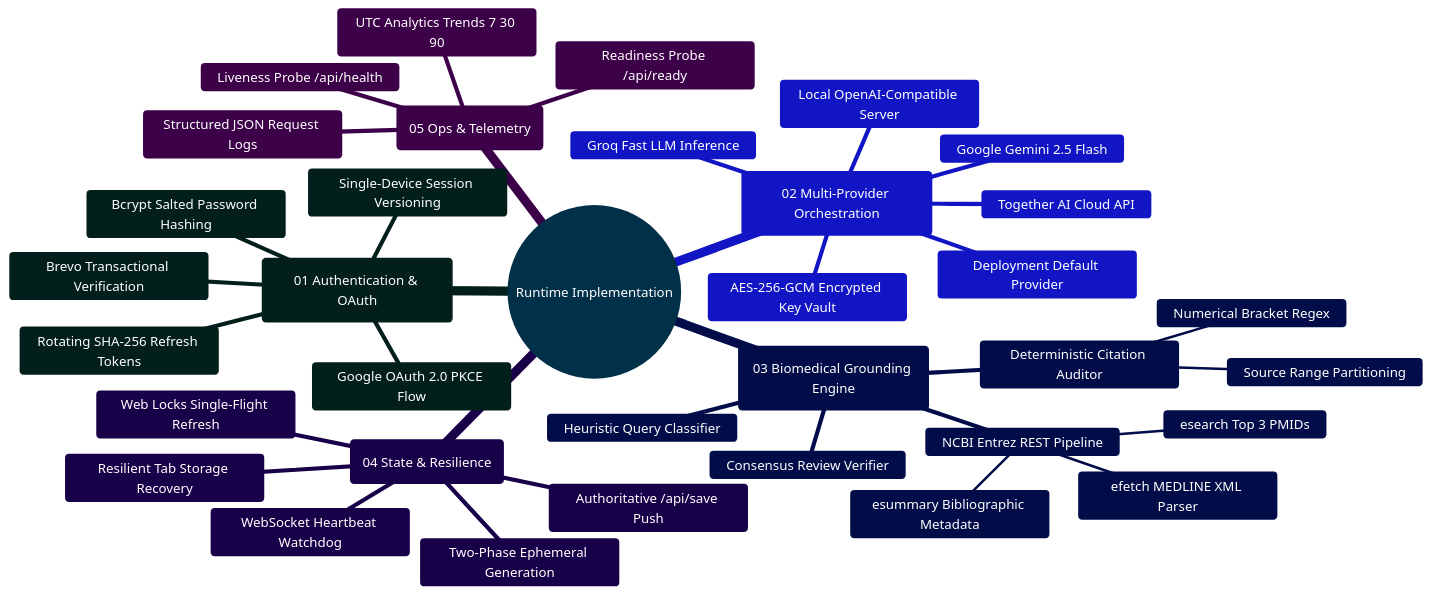
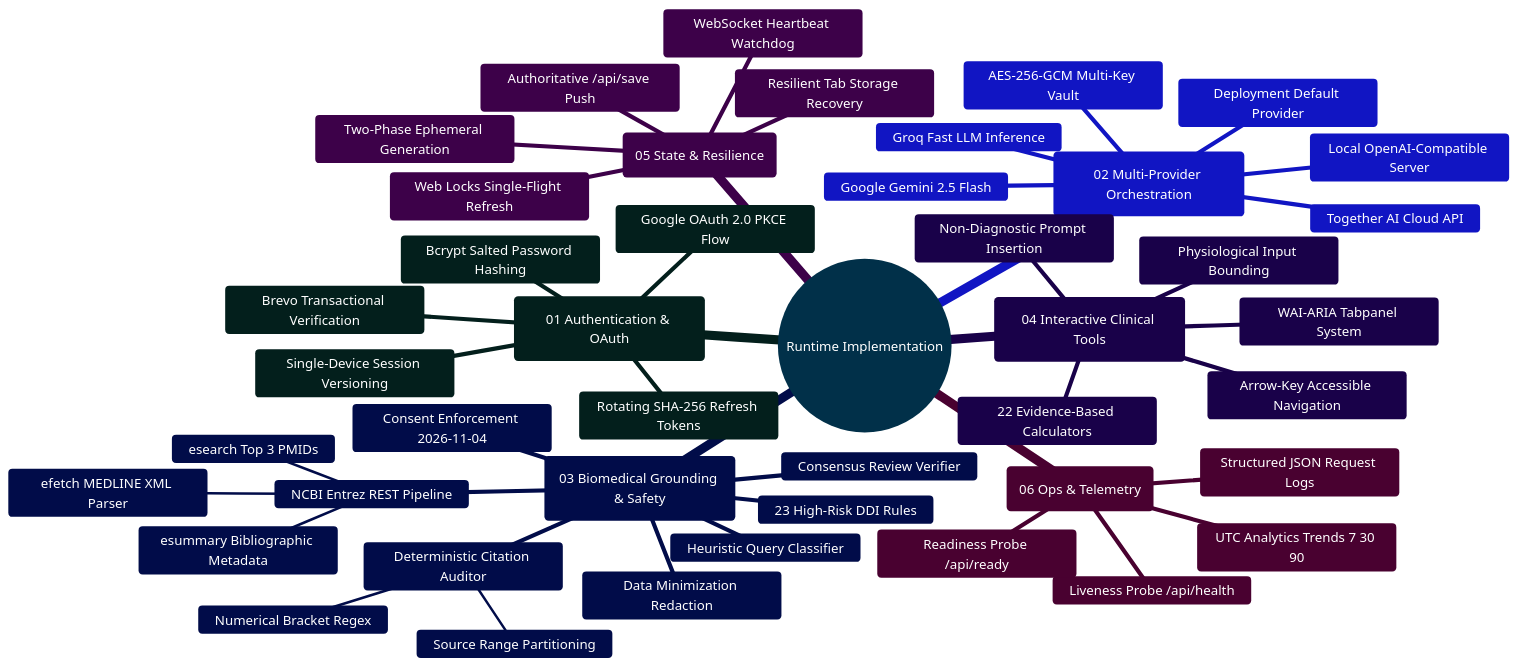
Before and after one commit to Ganesh172919/React-App-LLM: the first of 2 diagrams in docs/CURRENT_IMPLEMENTATION.md, drawn with Mermaid. The commit also changed other lines of this file and 67 other files, not shown here.

````diff
--- a/docs/CURRENT_IMPLEMENTATION.md
+++ b/docs/CURRENT_IMPLEMENTATION.md
@@ -60,40 +62,49 @@
 ```mermaid
 %%{init: {'theme': 'base', 'themeVariables': { 'primaryColor': '#0284c7', 'primaryTextColor': '#ffffff', 'primaryBorderColor': '#0369a1', 'lineColor': '#0284c7', 'secondaryColor': '#0d9488', 'tertiaryColor': '#6366f1' }}}%%
 mindmap
   root((Runtime Implementation))
     ::icon(fa fa-server)
     (01 Authentication & OAuth)
       Bcrypt Salted Password Hashing
       Single-Device Session Versioning
       Rotating SHA-256 Refresh Tokens
       Brevo Transactional Verification
       Google OAuth 2.0 PKCE Flow
     (02 Multi-Provider Orchestration)
       Deployment Default Provider
       Google Gemini 2.5 Flash
       Groq Fast LLM Inference
       Together AI Cloud API
       Local OpenAI-Compatible Server
-      AES-256-GCM Encrypted Key Vault
-    (03 Biomedical Grounding Engine)
+      AES-256-GCM Multi-Key Vault
+    (03 Biomedical Grounding & Safety)
       Heuristic Query Classifier
+      Data Minimization Redaction
+      Consent Enforcement 2026-11-04
+      23 High-Risk DDI Rules
       NCBI Entrez REST Pipeline
         esearch Top 3 PMIDs
         esummary Bibliographic Metadata
         efetch MEDLINE XML Parser
       Deterministic Citation Auditor
         Numerical Bracket Regex
         Source Range Partitioning
       Consensus Review Verifier
-    (04 State & Resilience)
+    (04 Interactive Clinical Tools)
+      22 Evidence-Based Calculators
+      WAI-ARIA Tabpanel System
+      Arrow-Key Accessible Navigation
+      Physiological Input Bounding
+      Non-Diagnostic Prompt Insertion
+    (05 State & Resilience)
       Two-Phase Ephemeral Generation
       Authoritative /api/save Push
       Web Locks Single-Flight Refresh
       Resilient Tab Storage Recovery
       WebSocket Heartbeat Watchdog
-    (05 Ops & Telemetry)
+    (06 Ops & Telemetry)
       Liveness Probe /api/health
       Readiness Probe /api/ready
       UTC Analytics Trends 7 30 90
       Structured JSON Request Logs
 ```
````
